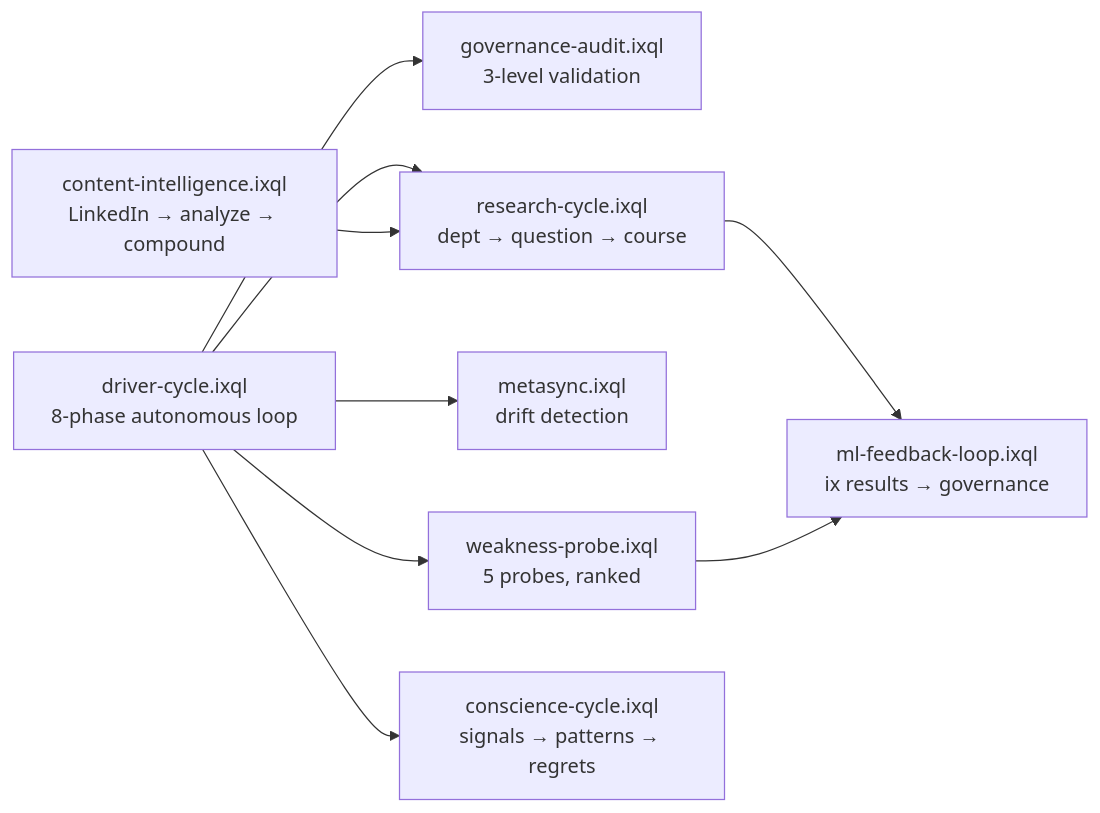
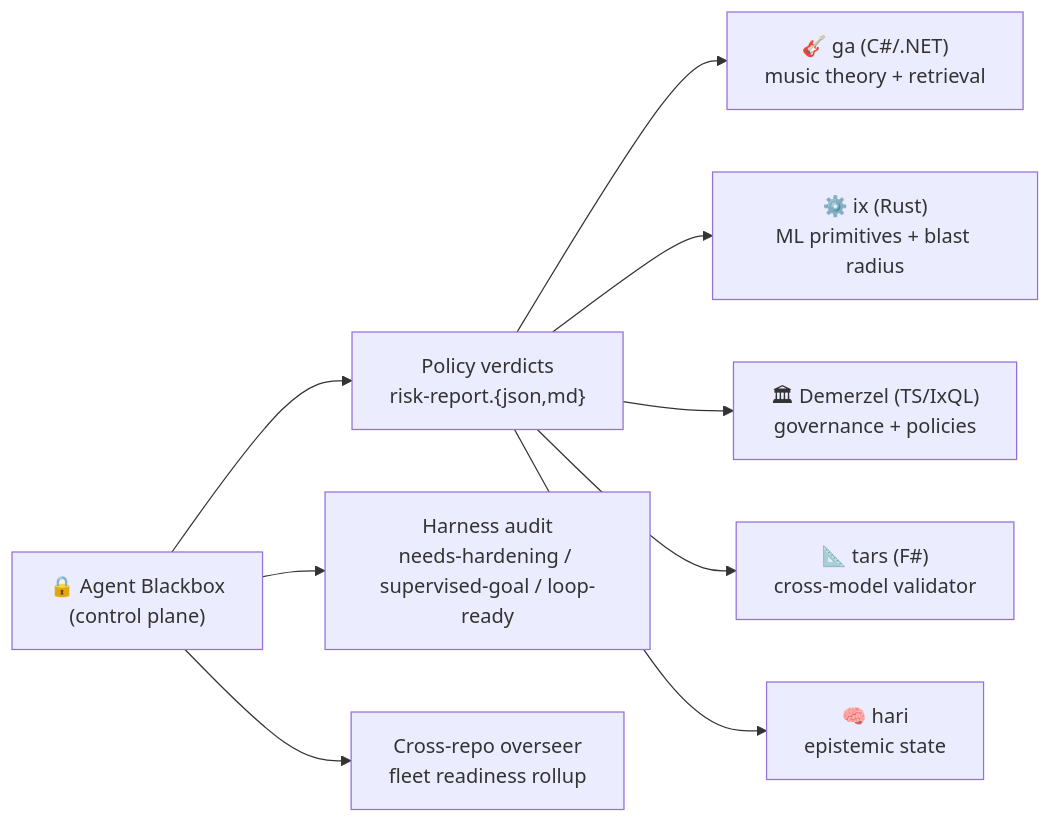
One commit to GuitarAlchemist/.github changed the diagram in profile/README.md. Above: the diagram before and after it, drawn with Mermaid. The commit also changed other lines of this file, not shown here.

First line of the commit message:
chore(profile): rewrite org README to lead with the agent-blackbox wedge (#4)

````diff
--- a/profile/README.md
+++ b/profile/README.md
@@ -342,20 +51,19 @@
 ```mermaid
 graph LR
-    DRIVER["driver-cycle.ixql<br/>8-phase autonomous loop"] --> RECON["governance-audit.ixql<br/>3-level validation"]
-    DRIVER --> WEAK["weakness-probe.ixql<br/>5 probes, ranked"]
-    DRIVER --> SYNC["metasync.ixql<br/>drift detection"]
-    DRIVER --> RESEARCH["research-cycle.ixql<br/>dept → question → course"]
-    DRIVER --> CONSCIENCE["conscience-cycle.ixql<br/>signals → patterns → regrets"]
-    RESEARCH --> ML["ml-feedback-loop.ixql<br/>ix results → governance"]
-    WEAK --> ML
-    CONTENT["content-intelligence.ixql<br/>LinkedIn → analyze → compound"] --> RESEARCH
+    AB["🔒 Agent Blackbox<br/>(control plane)"]
+    AB --> POLICY["Policy verdicts<br/>risk-report.{json,md}"]
+    AB --> HARNESS["Harness audit<br/>needs-hardening / supervised-goal / loop-ready"]
+    AB --> OVERSEER["Cross-repo overseer<br/>fleet readiness rollup"]
 
-    click DRIVER "https://github.com/GuitarAlchemist/Demerzel/blob/master/pipelines/driver-cycle.ixql" _blank
-    click RECON "https://github.com/GuitarAlchemist/Demerzel/blob/master/pipelines/governance-audit.ixql" _blank
-    click WEAK "https://github.com/GuitarAlchemist/Demerzel/blob/master/pipelines/weakness-probe.ixql" _blank
-    click SYNC "https://github.com/GuitarAlchemist/Demerzel/blob/master/pipelines/metasync.ixql" _blank
-    click RESEARCH "https://github.com/GuitarAlchemist/Demerzel/blob/master/pipelines/research-cycle.ixql" _blank
-    click CONSCIENCE "https://github.com/GuitarAlchemist/Demerzel/blob/master/pipelines/conscience-cycle.ixql" _blank
-    click ML "https://github.com/GuitarAlchemist/Demerzel/blob/master/pipelines/ml-feedback-loop.ixql" _blank
-    click CONTENT "https://github.com/GuitarAlchemist/Demerzel/blob/master/pipelines/content-intelligence.ixql" _blank
+    POLICY --> GA["🎸 ga (C#/.NET)<br/>music theory + retrieval"]
+    POLICY --> IX["⚙️ ix (Rust)<br/>ML primitives + blast radius"]
+    POLICY --> DEM["🏛 Demerzel (TS/IxQL)<br/>governance + policies"]
+    POLICY --> TARS["📐 tars (F#)<br/>cross-model validator"]
+    POLICY --> HARI["🧠 hari<br/>epistemic state"]
+
+    click GA "https://github.com/GuitarAlchemist/ga" _blank
+    click IX "https://github.com/GuitarAlchemist/ix" _blank
+    click DEM "https://github.com/GuitarAlchemist/Demerzel" _blank
+    click TARS "https://github.com/GuitarAlchemist/tars" _blank
+    click HARI "https://github.com/GuitarAlchemist/hari" _blank
 ```
````
